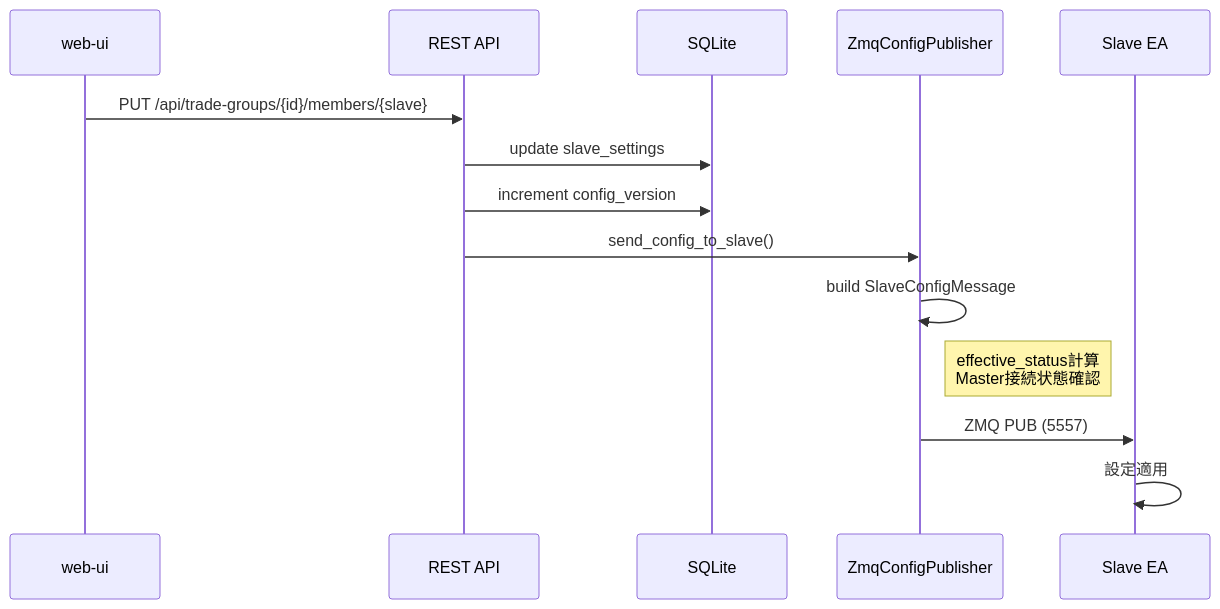
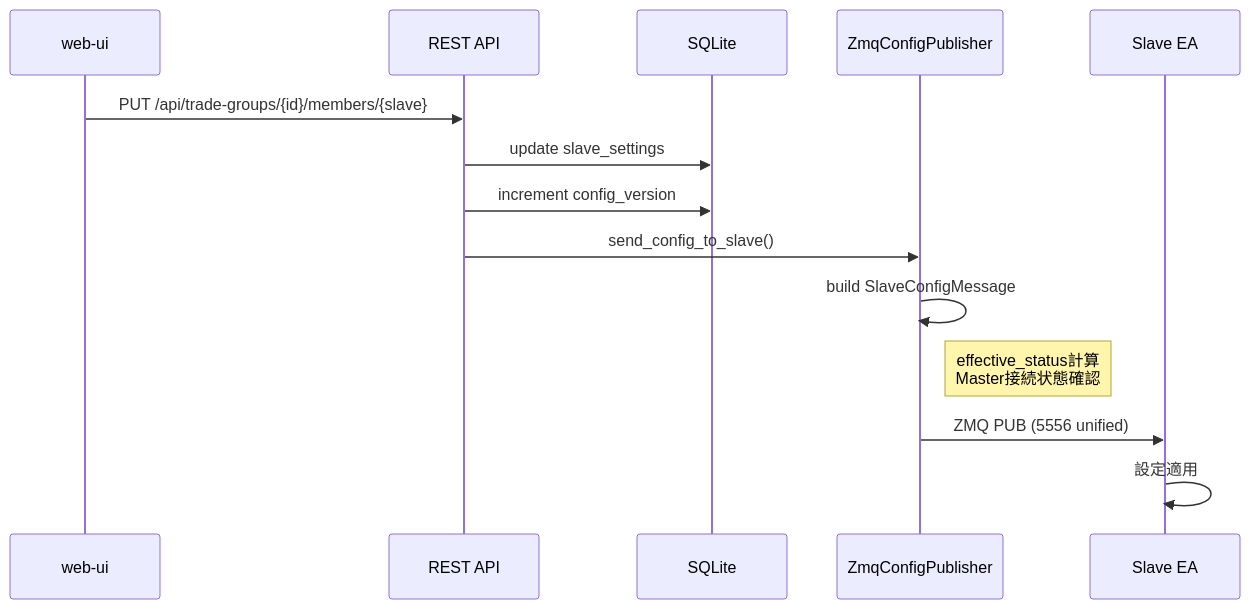
One commit to poruru210/sankey-copier changed the fifth of 5 diagrams in docs/relay-server.md. Above: the diagram before and after it, drawn with Mermaid. The commit also changed other lines of this file and 35 other files, not shown here.

````diff
--- a/docs/relay-server.md
+++ b/docs/relay-server.md
@@ -282,19 +281,19 @@
 ```mermaid
 sequenceDiagram
     participant UI as web-ui
     participant API as REST API
     participant DB as SQLite
     participant ZMQ as ZmqConfigPublisher
     participant EA as Slave EA
 
     UI->>API: PUT /api/trade-groups/{id}/members/{slave}
     API->>DB: update slave_settings
     API->>DB: increment config_version
     API->>ZMQ: send_config_to_slave()
 
     ZMQ->>ZMQ: build SlaveConfigMessage
     Note right of ZMQ: effective_status計算<br/>Master接続状態確認
-    ZMQ->>EA: ZMQ PUB (5557)
+    ZMQ->>EA: ZMQ PUB (5556 unified)
 
     EA->>EA: 設定適用
 ```
````
